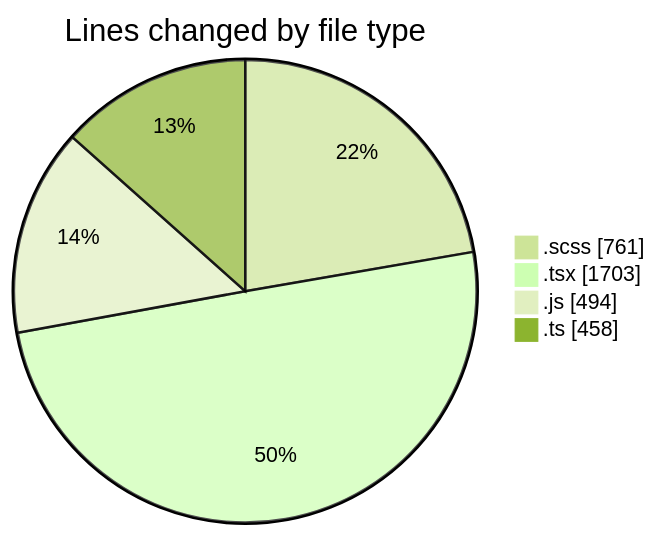
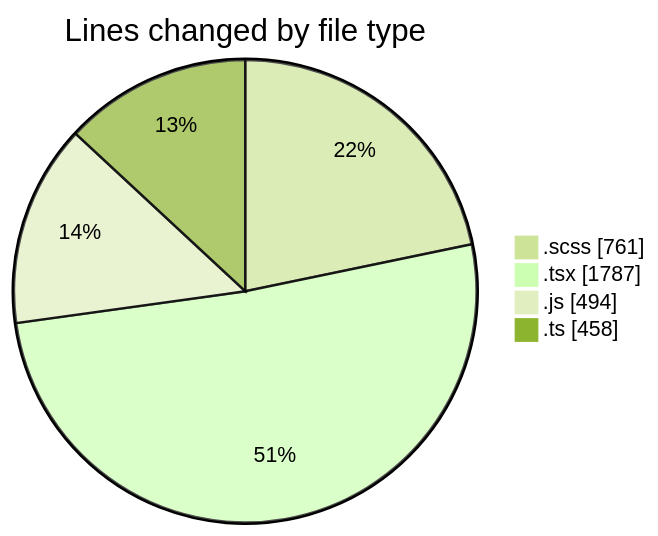
One commit to momahboobian/code-tracking changed the first of 2 diagrams in 2025-03-14/cda/README.md. Above: the diagram before and after it, drawn with Mermaid (forest theme). The commit also changed other lines of this file and 1 other file, not shown here.

````diff
--- a/2025-03-14/cda/README.md
+++ b/2025-03-14/cda/README.md
@@ -38,8 +38,8 @@
 ```mermaid
 pie showData
 title Lines changed by file type
 ".scss" : 761
-".tsx" : 1703
+".tsx" : 1787
 ".js" : 494
 ".ts" : 458
 ```
````
